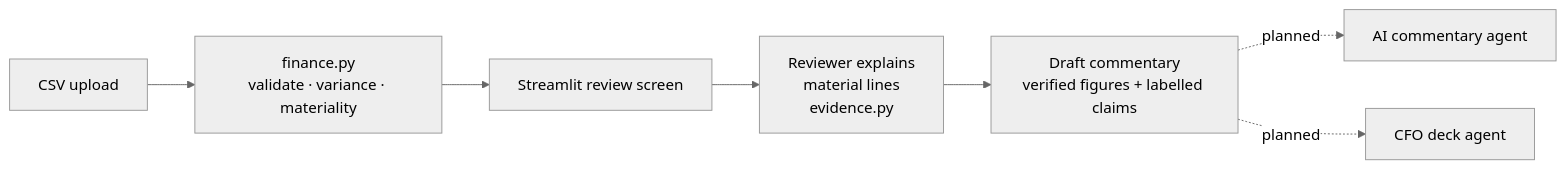
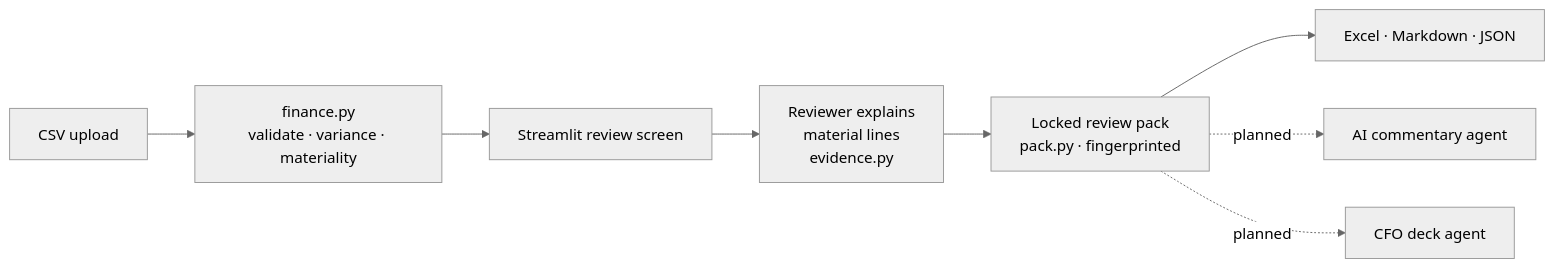
The diagram in README.md (Sai-Fin-AI/ticktie-fpa), drawn with Mermaid (neutral theme) before and after one commit. The commit also changed other lines of this file and 7 other files, not shown here.

Commit message:
Phase 2: locked review pack with fingerprint, Excel/Markdown/JSON exports, explanations backup and restore

````diff
--- a/README.md
+++ b/README.md
@@ -29,9 +32,10 @@
 ```mermaid
 flowchart LR
     A[CSV upload] --> B[finance.py<br/>validate · variance · materiality]
     B --> C[Streamlit review screen]
     C --> D[Reviewer explains<br/>material lines<br/>evidence.py]
-    D --> E[Draft commentary<br/>verified figures + labelled claims]
+    D --> E[Locked review pack<br/>pack.py · fingerprinted]
+    E --> X[Excel · Markdown · JSON]
     E -. planned .-> F[AI commentary agent]
     E -. planned .-> G[CFO deck agent]
 ```
````
